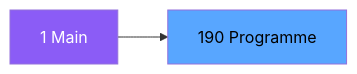
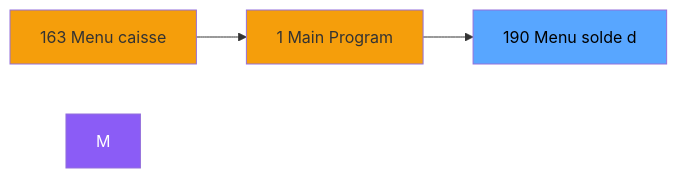
The second of 3 diagrams in .openspec/specs/ADH-IDE-190.md (thonyAGP/magic-migration), drawn with Mermaid before and after one commit. The commit also changed other lines of this file and 323 other files, not shown here.

````diff
--- a/.openspec/specs/ADH-IDE-190.md
+++ b/.openspec/specs/ADH-IDE-190.md
@@ -99,8 +125,12 @@
 ```mermaid
 graph LR
-    M[1 Main]
-    T[190 Programme]
-    M --> T
+    N163[163 Menu caisse ]
+    N1[1 Main Program]
+    T[190 Menu solde d]
+    N163 --> N1
+    N1 --> T
     style M fill:#8b5cf6,color:#fff
+    style N163 fill:#f59e0b
+    style N1 fill:#f59e0b
     style T fill:#58a6ff,color:#000
 ```
````
